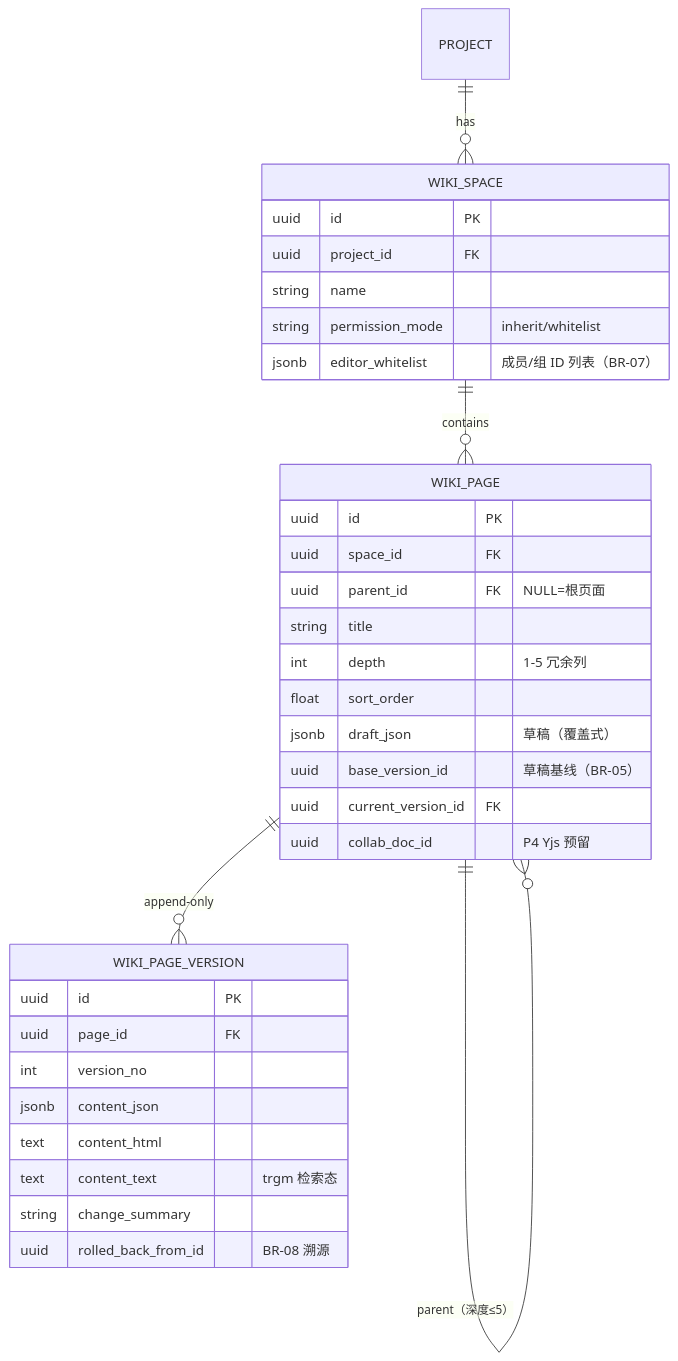
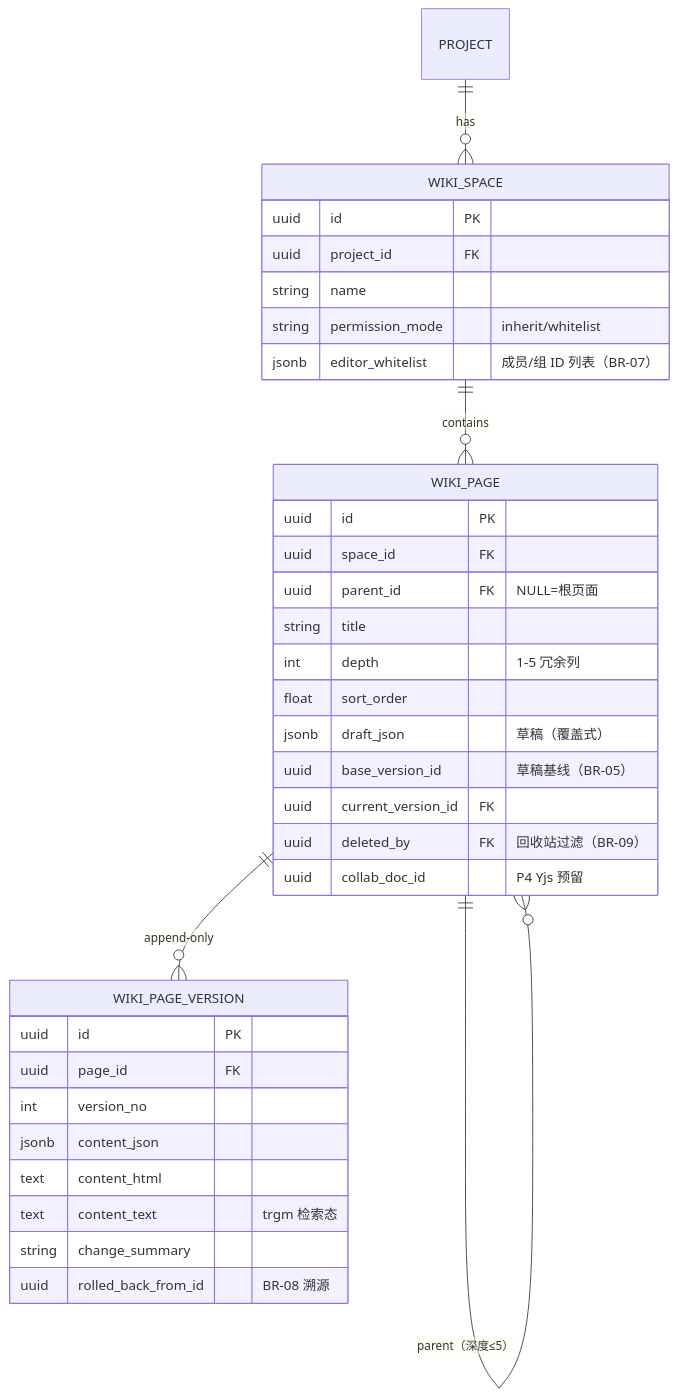
The third of 3 diagrams in docs/sprint-9-enterprise-portfolio/FILE-005-wiki.md (RabbitAI-Lab/RabbitProjects), drawn with Mermaid before and after one commit. The commit also changed other lines of this file and 13 other files, not shown here.

````diff
--- a/docs/sprint-9-enterprise-portfolio/FILE-005-wiki.md
+++ b/docs/sprint-9-enterprise-portfolio/FILE-005-wiki.md
@@ -217,36 +221,37 @@
 ```mermaid
 erDiagram
     PROJECT ||--o{ WIKI_SPACE : has
     WIKI_SPACE ||--o{ WIKI_PAGE : contains
     WIKI_PAGE ||--o{ WIKI_PAGE : "parent（深度≤5）"
     WIKI_PAGE ||--o{ WIKI_PAGE_VERSION : "append-only"
     WIKI_SPACE {
         uuid id PK
         uuid project_id FK
         string name
         string permission_mode "inherit/whitelist"
         jsonb editor_whitelist "成员/组 ID 列表（BR-07）"
     }
     WIKI_PAGE {
         uuid id PK
         uuid space_id FK
         uuid parent_id FK "NULL=根页面"
         string title
         int depth "1-5 冗余列"
         float sort_order
         jsonb draft_json "草稿（覆盖式）"
         uuid base_version_id "草稿基线（BR-05）"
         uuid current_version_id FK
+        uuid deleted_by FK "回收站过滤（BR-09）"
         uuid collab_doc_id "P4 Yjs 预留"
     }
     WIKI_PAGE_VERSION {
         uuid id PK
         uuid page_id FK
         int version_no
         jsonb content_json
         text content_html
         text content_text "trgm 检索态"
         string change_summary
         uuid rolled_back_from_id "BR-08 溯源"
     }
 ```
````
